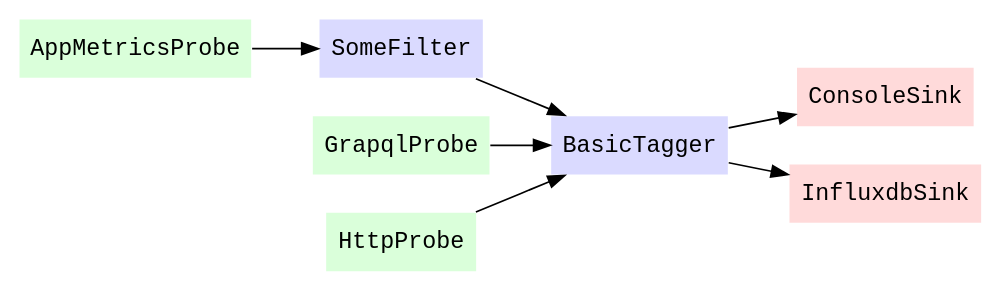
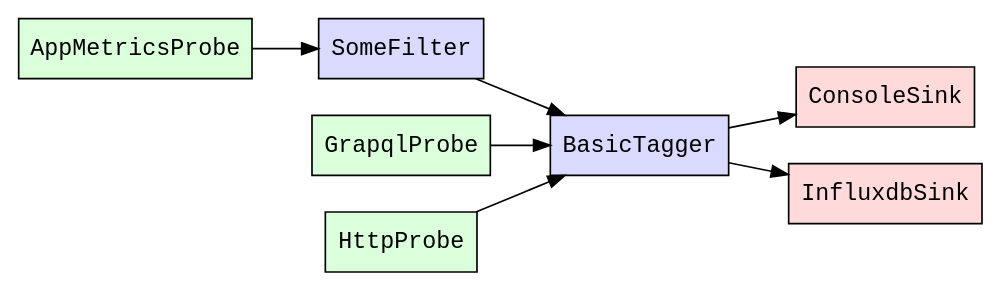
The diagram in README.md (leshy/graphvizrender), drawn with Graphviz before and after one commit. The commit also changed other lines of this file and 4 other files, not shown here.

Commit message:
png to svg

````diff
--- a/README.md
+++ b/README.md
@@ -12,29 +12,29 @@
-```dot test_graph.png
+```dot test_graph.svg
   digraph {
     rankdir=LR;
-    node [fontname=monospace shape=box color=white]
+    node [fontname=monospace shape=box]
     nodesep=0.3;
     subgraph {
       node [shape=box style="filled" fillcolor="#00ff0025" ]
       AppMetricsProbe
       GrapqlProbe
       HttpProbe
     }
     subgraph {
       node [shape=box style="filled" fillcolor="#ff000025" ]
       ConsoleSink
       InfluxdbSink
     }
     subgraph {
       node [shape=box style="filled" fillcolor="#0000ff25" ]
       BasicTagger
       SomeFilter
     }
 
     AppMetricsProbe -> SomeFilter -> BasicTagger
     HttpProbe -> BasicTagger
     GrapqlProbe -> BasicTagger
     BasicTagger -> ConsoleSink
     BasicTagger -> InfluxdbSink
   }
 ```
````
